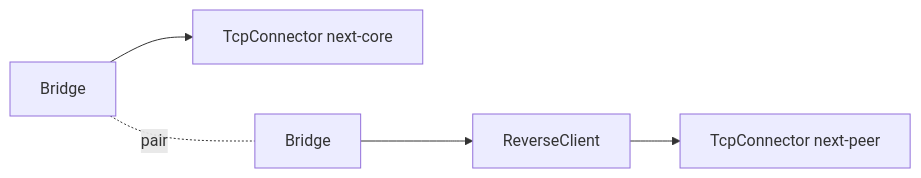
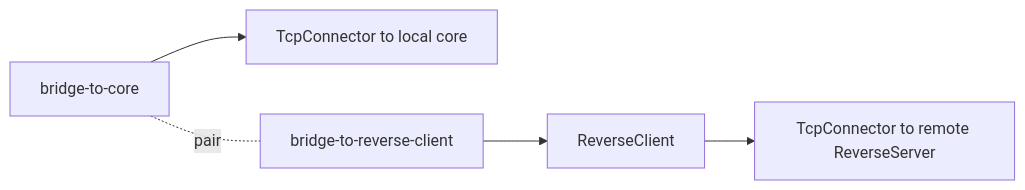
Before and after one commit to radkesvat/WaterWall-Docs: the fourth of 5 diagrams in i18n/fa/docusaurus-plugin-content-docs/current/02-noderefs/Bridge.mdx, drawn with Mermaid. The commit also changed other lines of this file and 208 other files, not shown here.

````diff
--- a/i18n/fa/docusaurus-plugin-content-docs/current/02-noderefs/Bridge.mdx
+++ b/i18n/fa/docusaurus-plugin-content-docs/current/02-noderefs/Bridge.mdx
@@ -184,7 +185,7 @@
 ```mermaid
 flowchart LR
-    B1[Bridge] --> O1[TcpConnector next-core]
-    B2[Bridge] --> Rc[ReverseClient]
-    Rc --> O2[TcpConnector next-peer]
+    B1[bridge-to-core] --> Core[TcpConnector to local core]
+    B2[bridge-to-reverse-client] --> RC[ReverseClient]
+    RC --> Peer[TcpConnector to remote ReverseServer]
     B1 -. pair .- B2
 ```
````
